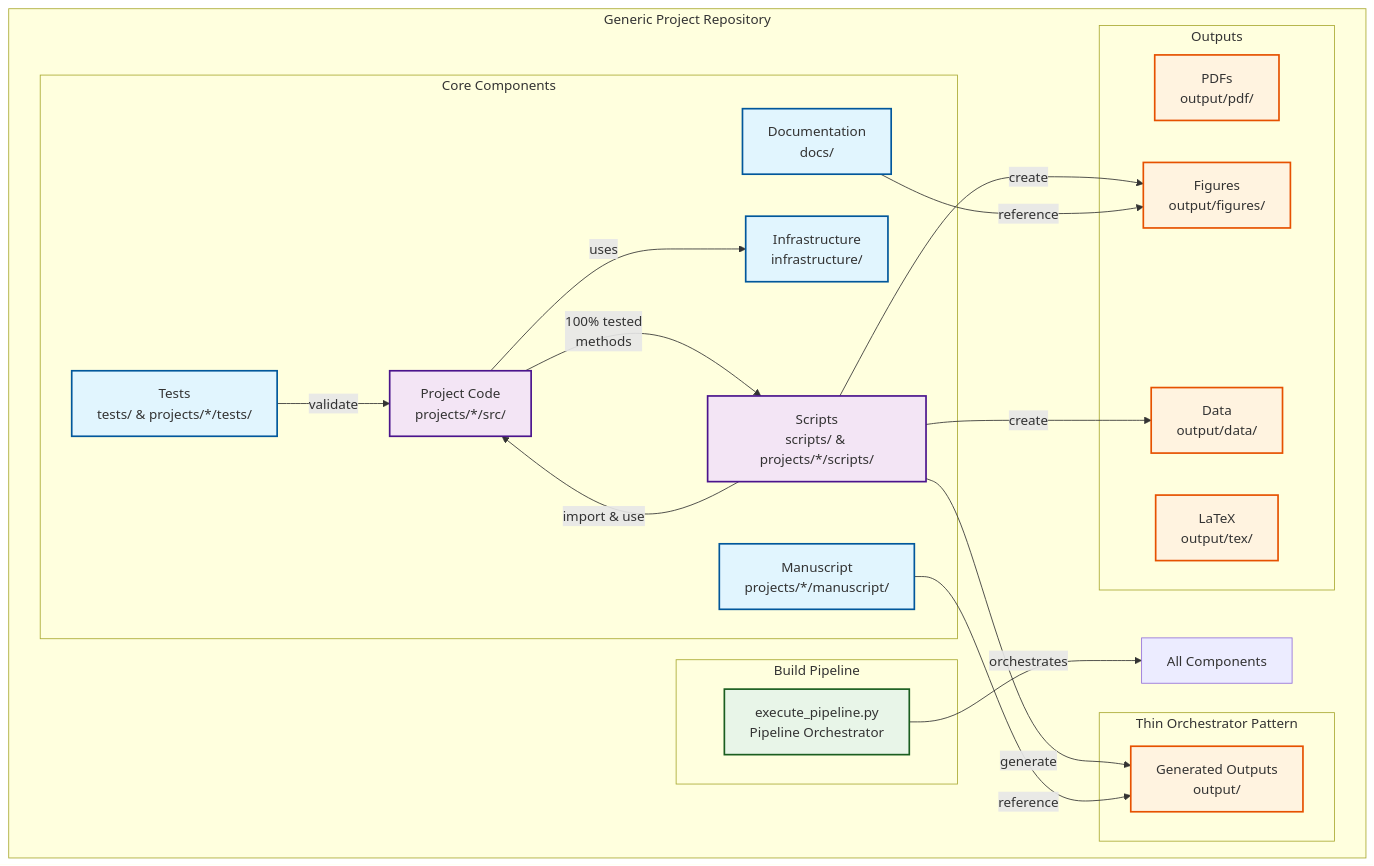
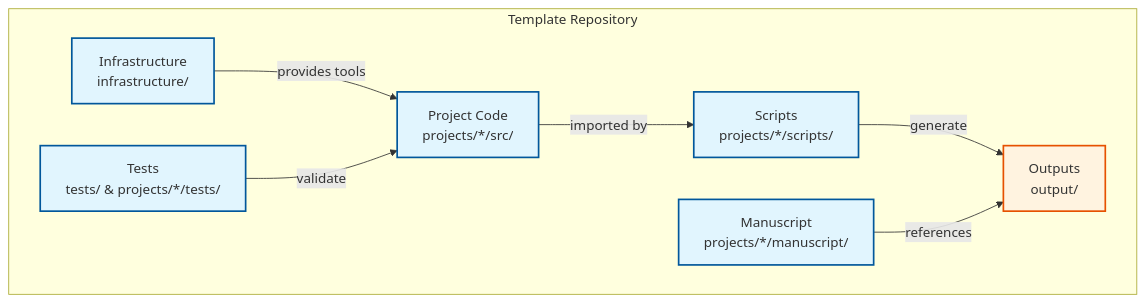
One commit to docxology/template changed the diagram in docs/core/architecture.md. Above: the diagram before and after it, drawn with Mermaid. The commit also changed other lines of this file and 417 other files, not shown here.

````diff
--- a/docs/core/architecture.md
+++ b/docs/core/architecture.md
@@ -27,49 +19,15 @@
 ```mermaid
 graph TB
-    subgraph "Generic Project Repository"
-        subgraph "Core Components"
-            INFRA[Infrastructure<br/>infrastructure/]
-            PROJECT[Project Code<br/>projects/*/src/]
-            TESTS[Tests<br/>tests/ & projects/*/tests/]
-            SCRIPTS[Scripts<br/>scripts/ & projects/*/scripts/]
-            MD[Documentation<br/>docs/]
-            MANUSCRIPT[Manuscript<br/>projects/*/manuscript/]
-        end
-
-        subgraph "Thin Orchestrator Pattern"
-            PROJECT -->|"100% tested<br/>methods"| SCRIPTS
-            SCRIPTS -->|"import & use"| PROJECT
-            PROJECT -->|"uses"| INFRA
-            SCRIPTS -->|"generate"| OUTPUTS
-            MANUSCRIPT -->|"reference"| OUTPUTS
-        end
-
-        subgraph "Build Pipeline"
-            RENDER[execute_pipeline.py<br/>Pipeline Orchestrator]
-        end
-
-        subgraph "Outputs"
-            OUTPUTS[Generated Outputs<br/>output/]
-            PDFS[PDFs<br/>output/pdf/]
-            FIGS[Figures<br/>output/figures/]
-            DATA[Data<br/>output/data/]
-            TEX[LaTeX<br/>output/tex/]
-        end
-
-        TESTS -->|"validate"| PROJECT
-        SCRIPTS -->|"create"| FIGS
-        SCRIPTS -->|"create"| DATA
-        MD -->|"reference"| FIGS
-        RENDER -->|"orchestrates"| ALL[All Components]
+    subgraph "Template Repository"
+        INFRA[Infrastructure<br/>infrastructure/] --> |"provides tools"| PROJECT
+        PROJECT[Project Code<br/>projects/*/src/] --> |"imported by"| SCRIPTS[Scripts<br/>projects/*/scripts/]
+        SCRIPTS --> |"generate"| OUTPUTS[Outputs<br/>output/]
+        TESTS[Tests<br/>tests/ & projects/*/tests/] --> |"validate"| PROJECT
+        MANUSCRIPT[Manuscript<br/>projects/*/manuscript/] --> |"references"| OUTPUTS
     end
 
     classDef core fill:#e1f5fe,stroke:#01579b,stroke-width:2px
-    classDef pattern fill:#f3e5f5,stroke:#4a148c,stroke-width:2px
-    classDef pipeline fill:#e8f5e8,stroke:#1b5e20,stroke-width:2px
-    classDef outputs fill:#fff3e0,stroke:#e65100,stroke-width:2px
-
-    class INFRA,PROJECT,TESTS,SCRIPTS,MD,MANUSCRIPT core
-    class PROJECT,SCRIPTS pattern
-    class RENDER pipeline
-    class OUTPUTS,PDFS,FIGS,DATA,TEX outputs
+    classDef output fill:#fff3e0,stroke:#e65100,stroke-width:2px
+    class INFRA,PROJECT,SCRIPTS,TESTS,MANUSCRIPT core
+    class OUTPUTS output
 ```
````
